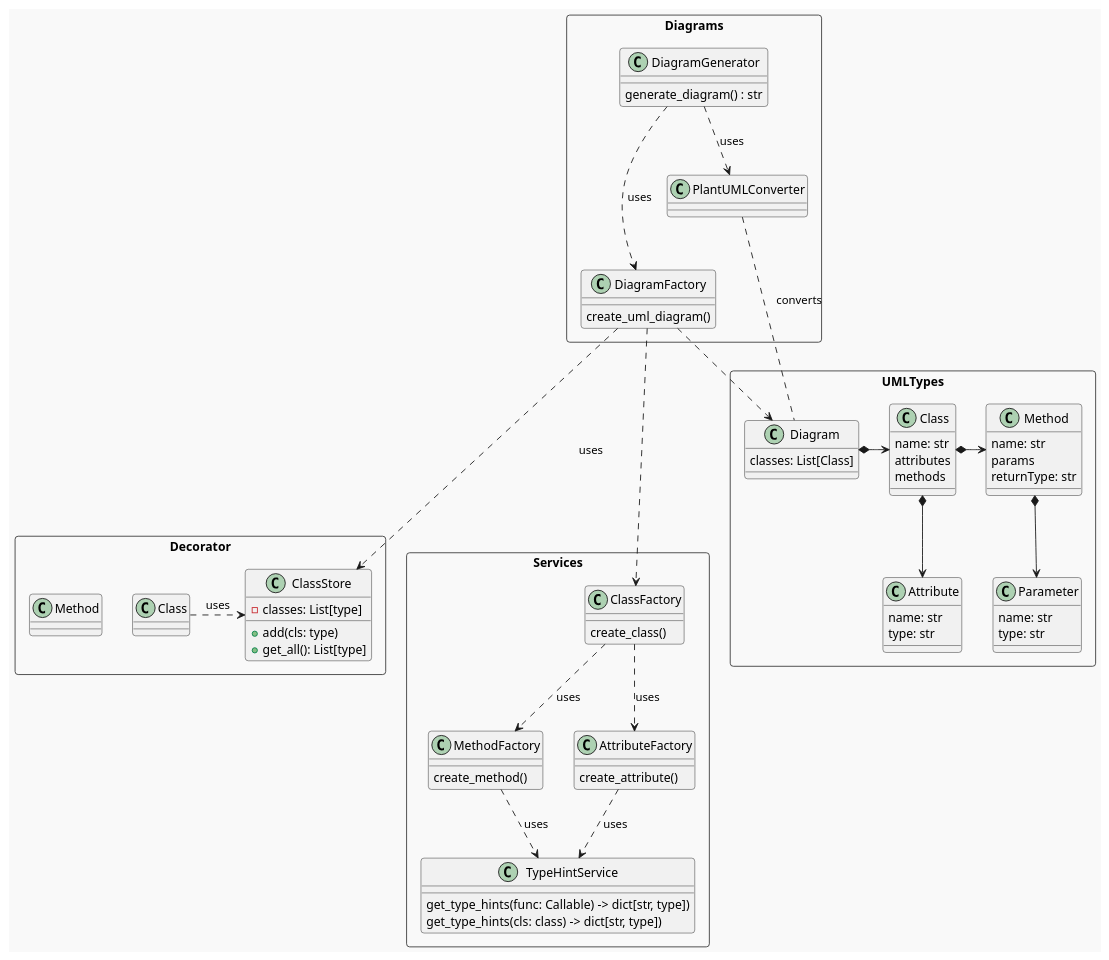
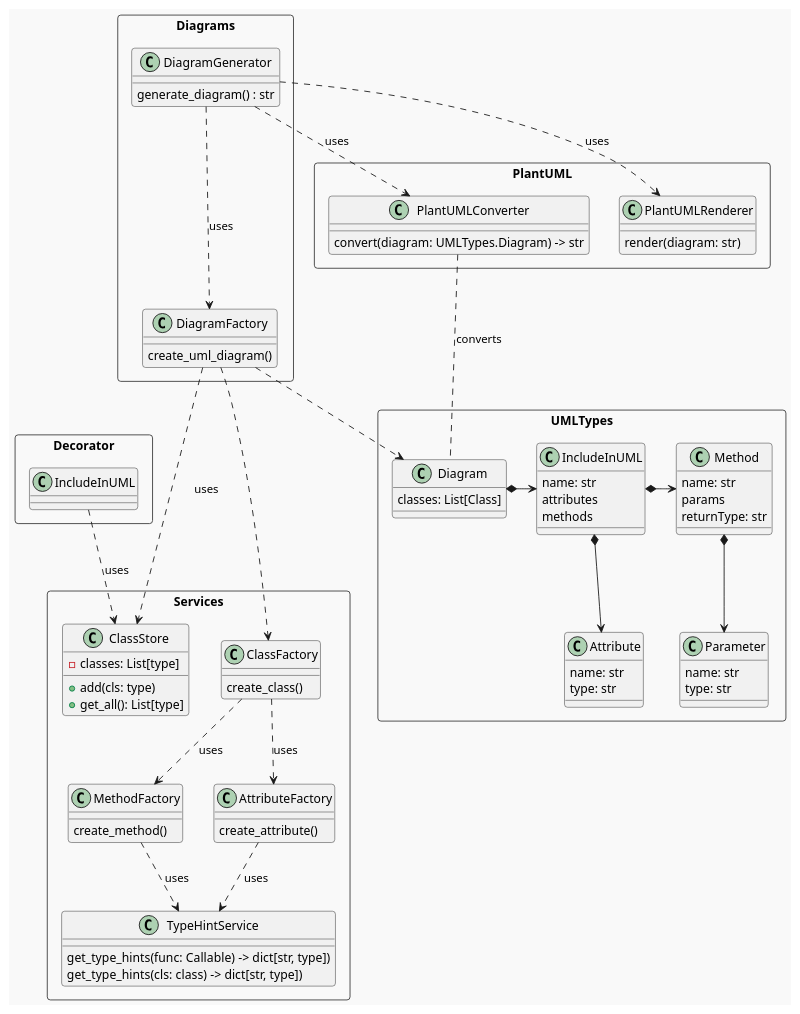
The diagram in python-lib/docs/pdgen-simple-class.puml (Softoft/pdgen), drawn with PlantUML before and after one commit. The commit also changed 33 other files, not shown here.

Commit message:
Added plantuml converters

```diff
--- a/python-lib/docs/pdgen-simple-class.puml
+++ b/python-lib/docs/pdgen-simple-class.puml
@@ -1,99 +1,106 @@
 @startuml
 !theme mars
 
 rectangle UMLTypes {
     class Diagram{
         classes: List[Class]
     }
 
-    class Class{
+    class IncludeInUML{
         name: str
         attributes
         methods
     }
     class Method{
         name: str
         params
         returnType: str
     }
 
     class Attribute{
         name: str
         type: str
     }
 
     class Parameter{
         name: str
         type: str
     }
 
 
-    Class *-down-> Attribute
-    Class *-> Method
+    IncludeInUML *-down-> Attribute
+    IncludeInUML *-> Method
     Method *-down-> Parameter
     Method -[hidden]right- Attribute
 
 
-    Diagram *-> Class
+    Diagram *-> IncludeInUML
 }
 
 rectangle Decorator {
-    class Method{
+    class IncludeInUML{
     }
-    class Class{
-    }
+
+}
+
+
+
+rectangle Services {
     class ClassStore {
         - classes: List[type]
         + add(cls: type)
         + get_all(): List[type]
     }
-}
-
-
-Decorator.Class .> ClassStore: uses
-
-rectangle Services {
     class TypeHintService{
         get_type_hints(func: Callable) -> dict[str, type])
         get_type_hints(cls: class) -> dict[str, type])
     }
 
     class MethodFactory{
         create_method()
     }
 
     class AttributeFactory{
         create_attribute()
     }
 
     class ClassFactory{
         create_class()
     }
 
     ClassFactory ..> MethodFactory: uses
     ClassFactory ..> AttributeFactory: uses
 
     MethodFactory ..> TypeHintService: uses
     AttributeFactory ..> TypeHintService: uses
 }
 
 rectangle Diagrams{
     class DiagramGenerator {
         generate_diagram() : str
     }
 
-    class PlantUMLConverter{
-    }
-
     class DiagramFactory{
         create_uml_diagram()
     }
     DiagramGenerator ...> DiagramFactory: uses
 }
 
+rectangle PlantUML{
+    class PlantUMLConverter{
+        convert(diagram: UMLTypes.Diagram) -> str
+    }
+    class PlantUMLRenderer{
+        render(diagram: str)
+    }
+}
+
+Decorator.IncludeInUML .down.> ClassStore: uses
+
 DiagramFactory ...> ClassFactory
 DiagramFactory ...> ClassStore: uses
 DiagramFactory ..> UMLTypes.Diagram
 PlantUMLConverter .. UMLTypes.Diagram: converts
 DiagramGenerator ..> PlantUMLConverter: uses
+DiagramGenerator ..> PlantUMLRenderer: uses
 @enduml
```
